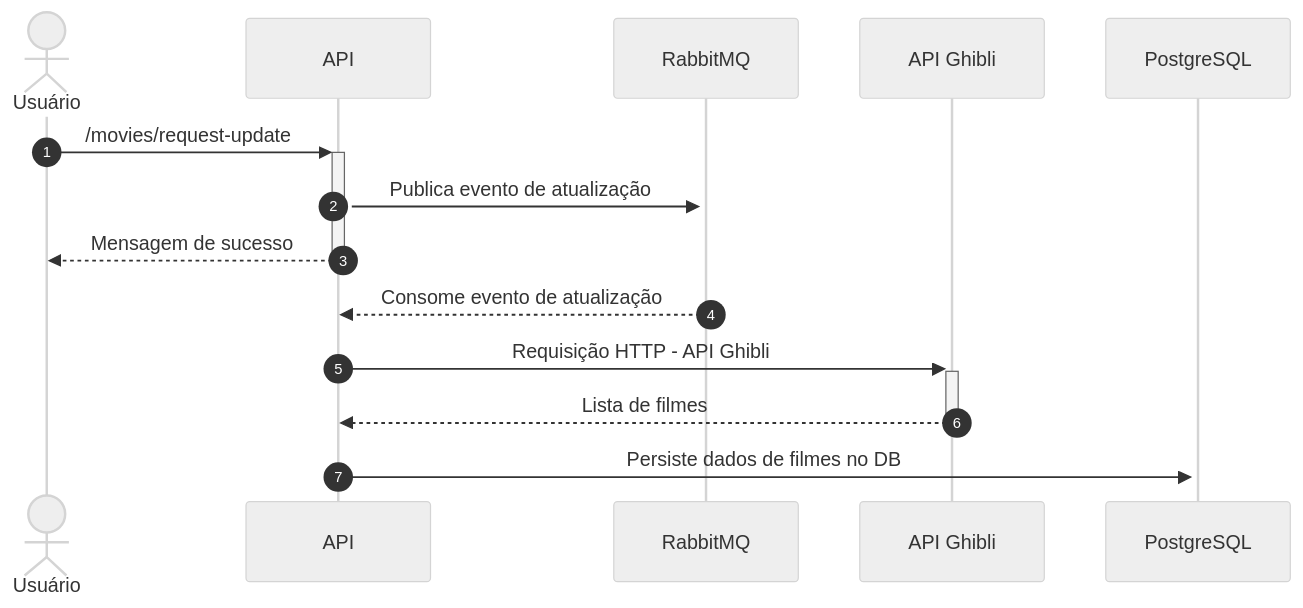
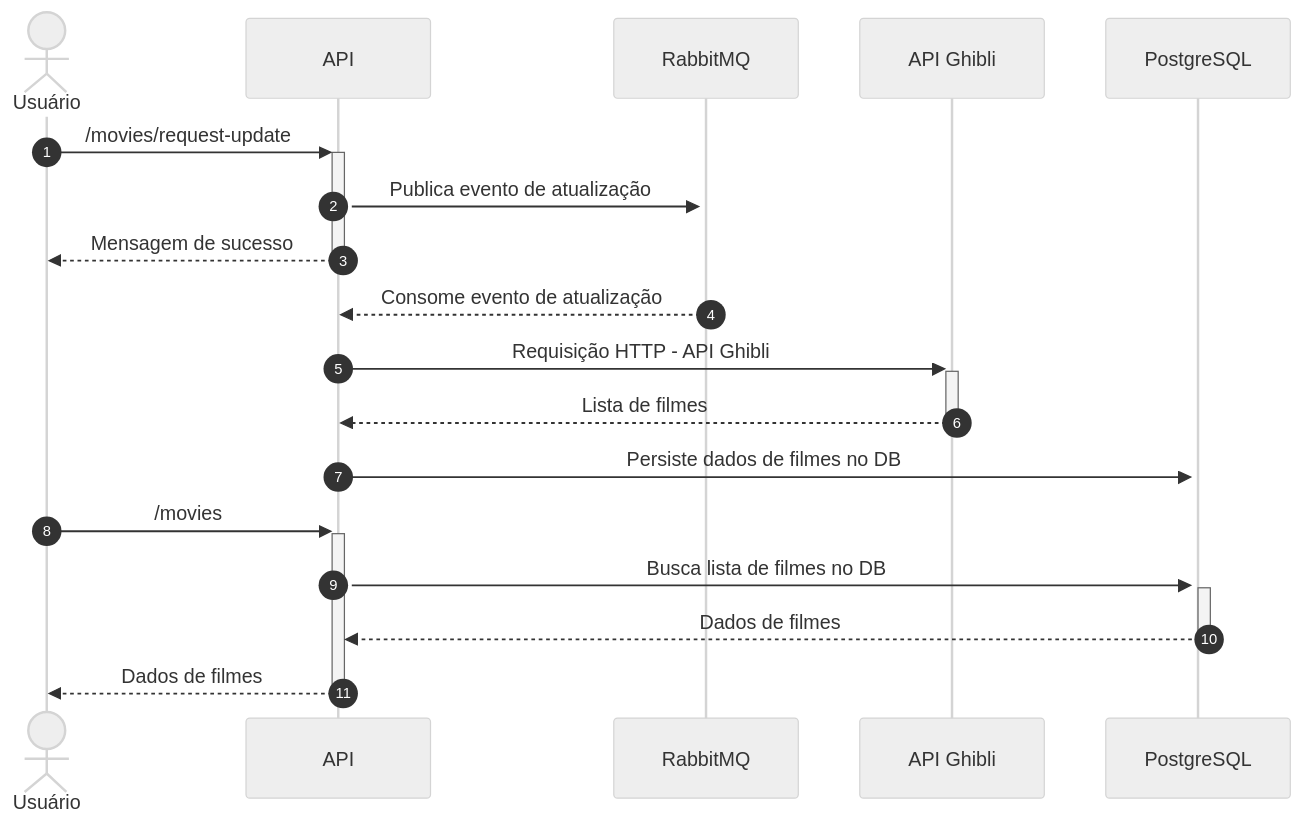
Before and after one commit to LucasManerich/ghibliapi-movies-extractor: the diagram in README.md, drawn with Mermaid (neutral theme). The commit also changed other lines of this file, not shown here.

Commit message:
docs: update sequence diagram

````diff
--- a/README.md
+++ b/README.md
@@ -64,16 +64,20 @@
 ```mermaid
 sequenceDiagram
     autonumber
     actor user as Usuário
     participant api as API
     participant event as RabbitMQ
     participant ghibli as API Ghibli
     participant pg as PostgreSQL
     user->>+api: /movies/request-update
     api->>+event: Publica evento de atualização
     api-->>-user: Mensagem de sucesso
     event-->>api: Consome evento de atualização
     api->>+ghibli: Requisição HTTP - API Ghibli
     ghibli-->>-api: Lista de filmes
     api->>+pg: Persiste dados de filmes no DB
+    user->>+api: /movies
+    api->>+pg: Busca lista de filmes no DB
+    pg-->>-api: Dados de filmes
+    api-->>-user: Dados de filmes
 ```
````
